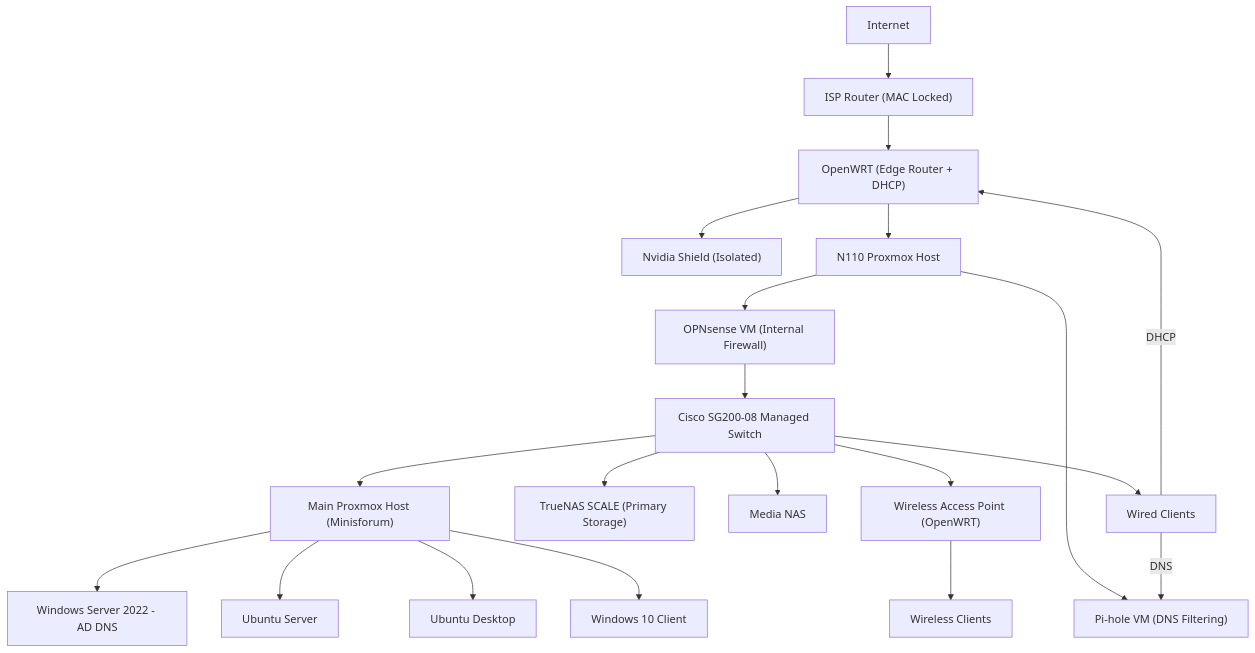
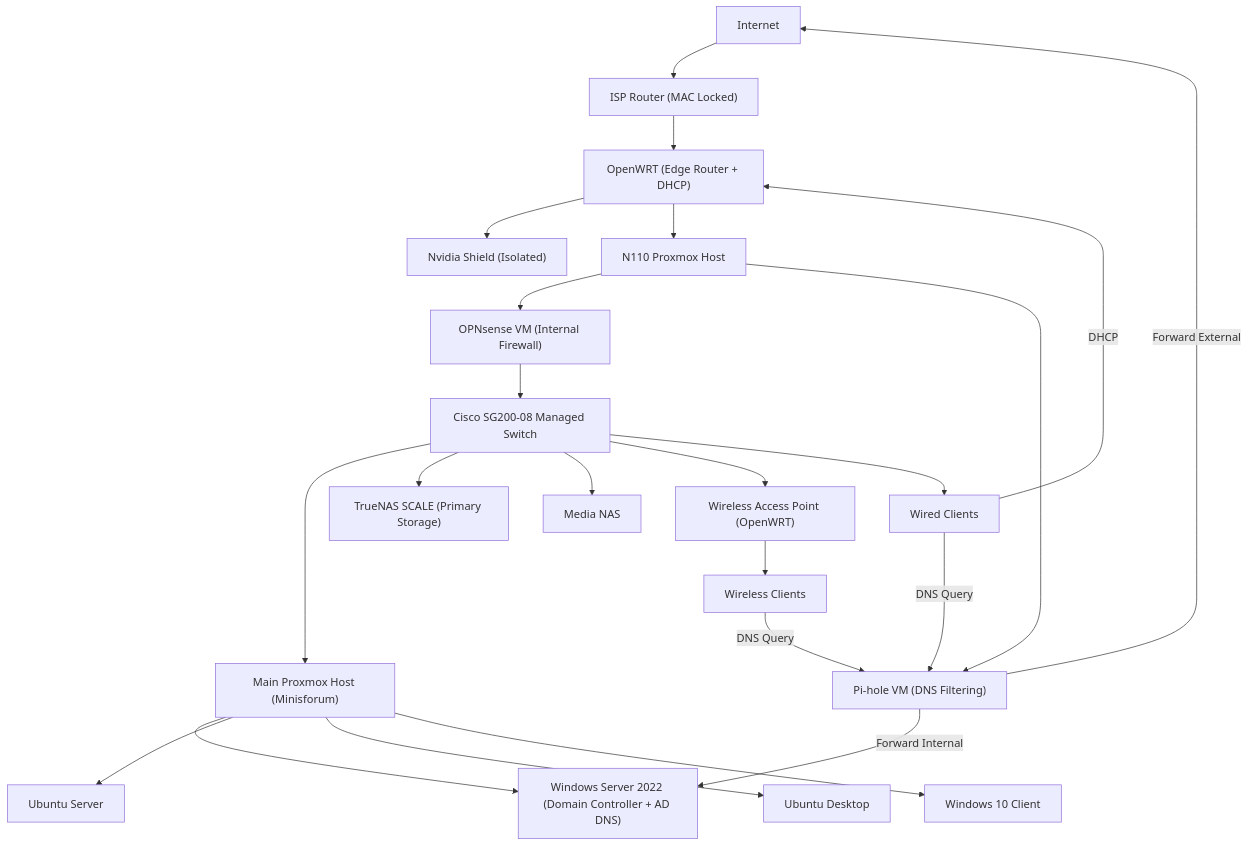
One commit to erivera3/homelab-infrastructure changed the diagram in README.md. Above: the diagram before and after it, drawn with Mermaid. The commit also changed other lines of this file, not shown here.

````diff
--- a/README.md
+++ b/README.md
@@ -43,31 +43,33 @@
 ```mermaid
 flowchart TD
     Internet["Internet"] --> ISP["ISP Router (MAC Locked)"]
     ISP --> OpenWRT["OpenWRT (Edge Router + DHCP)"]
 
     OpenWRT --> Shield["Nvidia Shield (Isolated)"]
     OpenWRT --> N110["N110 Proxmox Host"]
 
     N110 --> OPNsense["OPNsense VM (Internal Firewall)"]
     N110 --> PiHole["Pi-hole VM (DNS Filtering)"]
 
     OPNsense --> Switch["Cisco SG200-08 Managed Switch"]
 
     Switch --> Proxmox["Main Proxmox Host (Minisforum)"]
     Switch --> TrueNAS["TrueNAS SCALE (Primary Storage)"]
     Switch --> MediaNAS["Media NAS"]
     Switch --> AP["Wireless Access Point (OpenWRT)"]
     Switch --> Clients["Wired Clients"]
 
     AP --> WiFiClients["Wireless Clients"]
 
-    %% Your VMs (THIS is what you wanted)
-    Proxmox --> DC01["Windows Server 2022 - AD DNS"]
+    Proxmox --> DC01["Windows Server 2022 (Domain Controller + AD DNS)"]
     Proxmox --> UbuntuServer["Ubuntu Server"]
     Proxmox --> UbuntuDesktop["Ubuntu Desktop"]
     Proxmox --> Win10["Windows 10 Client"]
 
-    %% Network services
     Clients -->|DHCP| OpenWRT
-    Clients -->|DNS| PiHole
+    Clients -->|DNS Query| PiHole
+    PiHole -->|Forward Internal| DC01
+    PiHole -->|Forward External| Internet
+
+    WiFiClients -->|DNS Query| PiHole
 ```
````
